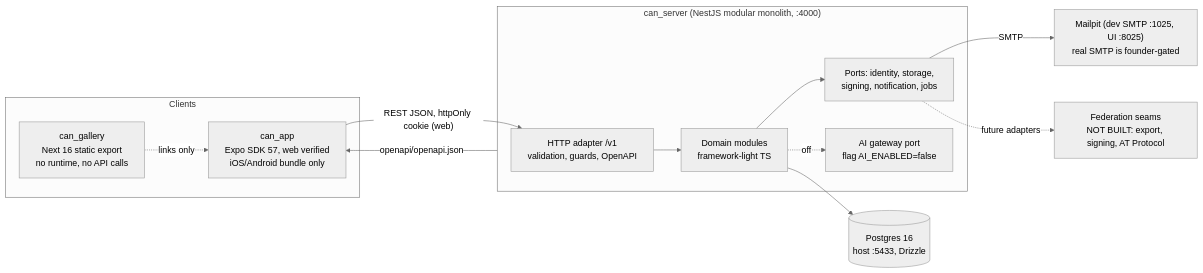
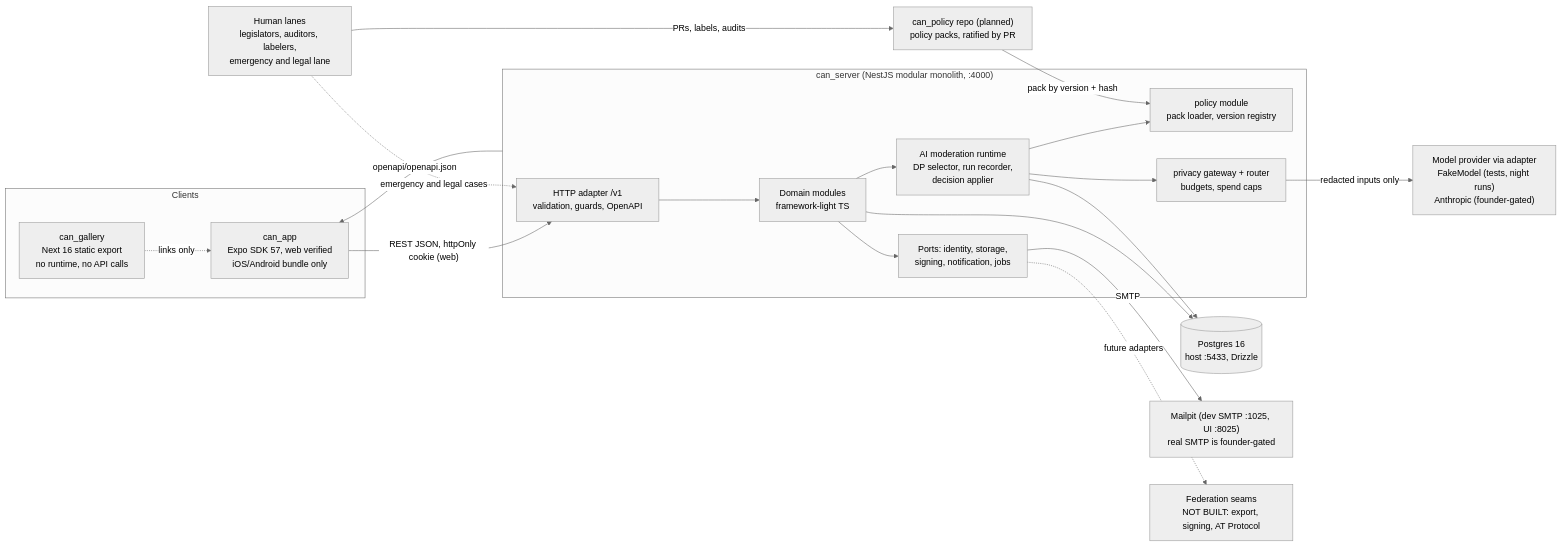
One commit to community-action-network-oss/community_action_network_oss changed the first of 2 diagrams in docs/design/system-design.md. Above: the diagram before and after it, drawn with Mermaid (neutral theme). The commit also changed other lines of this file and 21 other files, not shown here.

Commit message:
W3 P2: add flows and components folders and update overview for AI moderation

````diff
--- a/docs/design/system-design.md
+++ b/docs/design/system-design.md
@@ -9,24 +9,36 @@
 ```mermaid
 flowchart LR
   subgraph clients[Clients]
     app["can_app<br/>Expo SDK 57, web verified<br/>iOS/Android bundle only"]
     gallery["can_gallery<br/>Next 16 static export<br/>no runtime, no API calls"]
   end
   subgraph server["can_server (NestJS modular monolith, :4000)"]
     api["HTTP adapter /v1<br/>validation, guards, OpenAPI"]
     domain["Domain modules<br/>framework-light TS"]
+    mod["AI moderation runtime<br/>DP selector, run recorder,<br/>decision applier"]
+    pol["policy module<br/>pack loader, version registry"]
+    gw["privacy gateway + router<br/>budgets, spend caps"]
     ports["Ports: identity, storage,<br/>signing, notification, jobs"]
-    ai["AI gateway port<br/>flag AI_ENABLED=false"]
   end
   pg[("Postgres 16<br/>host :5433, Drizzle")]
   mail["Mailpit (dev SMTP :1025, UI :8025)<br/>real SMTP is founder-gated"]
+  prov["Model provider via adapter<br/>FakeModel (tests, night runs)<br/>Anthropic (founder-gated)"]
+  cp["can_policy repo (planned)<br/>policy packs, ratified by PR"]
+  humans["Human lanes<br/>legislators, auditors, labelers,<br/>emergency and legal lane"]
   fed["Federation seams<br/>NOT BUILT: export, signing, AT Protocol"]
   app -- "REST JSON, httpOnly cookie (web)" --> api
   gallery -. "links only" .-> app
   api --> domain --> ports
+  domain --> mod
+  mod --> pol
+  mod --> gw
+  gw -- "redacted inputs only" --> prov
+  cp -- "pack by version + hash" --> pol
   domain --> pg
+  mod --> pg
   ports -- "SMTP" --> mail
-  domain -. "off" .-> ai
+  humans -- "PRs, labels, audits" --> cp
+  humans -. "emergency and legal cases" .-> api
   ports -. "future adapters" .-> fed
   server -- "openapi/openapi.json" --> app
 ```
````
